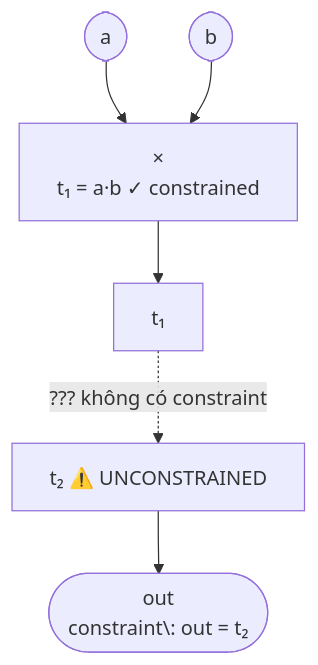
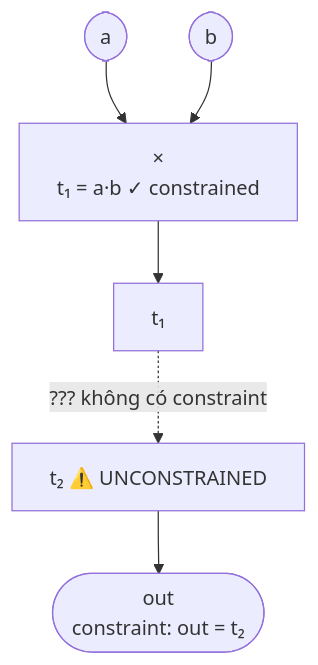
Before and after one commit to nhatminh65537/kitsu-quartz: the fourth of 4 diagrams in content/zkverify-series/arithmetic-circuits/04-signals-witnesses-visibility.md, drawn with Mermaid. The commit also changed other lines of this file and 127 other files, not shown here.

````diff
--- a/content/zkverify-series/arithmetic-circuits/04-signals-witnesses-visibility.md
+++ b/content/zkverify-series/arithmetic-circuits/04-signals-witnesses-visibility.md
@@ -254,7 +254,7 @@
 ```mermaid
 graph TD
     a([a]) & b([b]) --> mul["×<br>t₁ = a·b ✓ constrained"]
     mul --> t1["t₁"]
     t1 -.->|"??? không có constraint"| t2["t₂ ⚠️ UNCONSTRAINED"]
-    t2 --> out(["out<br>constraint\: out = t₂"])
+    t2 --> out(["out<br>constraint: out = t₂"])
 ```
````
